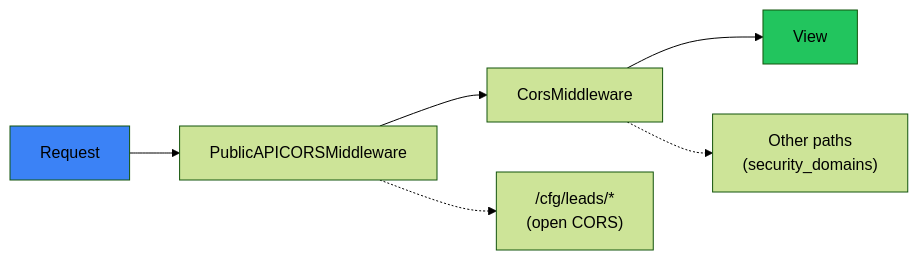
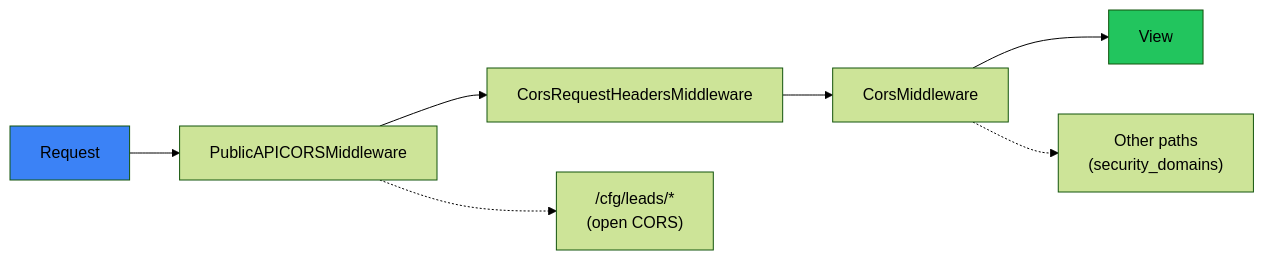
The diagram in docs/core/cors.mdx (markolofsen/django-cfg), drawn with Mermaid (forest theme) before and after one commit. The commit also changed other lines of this file and 25 other files, not shown here.

````diff
--- a/docs/core/cors.mdx
+++ b/docs/core/cors.mdx
@@ -12,12 +12,13 @@
 ```mermaid
 graph LR
     Request[Request] --> Public[PublicAPICORSMiddleware]
-    Public --> Cors[CorsMiddleware]
+    Public --> Reflect[CorsRequestHeadersMiddleware]
+    Reflect --> Cors[CorsMiddleware]
     Cors --> View[View]
 
     Public -.-> P1["/cfg/leads/*<br/>(open CORS)"]
     Cors -.-> P2["Other paths<br/>(security_domains)"]
 
     style Request fill:#3b82f6
     style View fill:#22c55e
 ```
````
